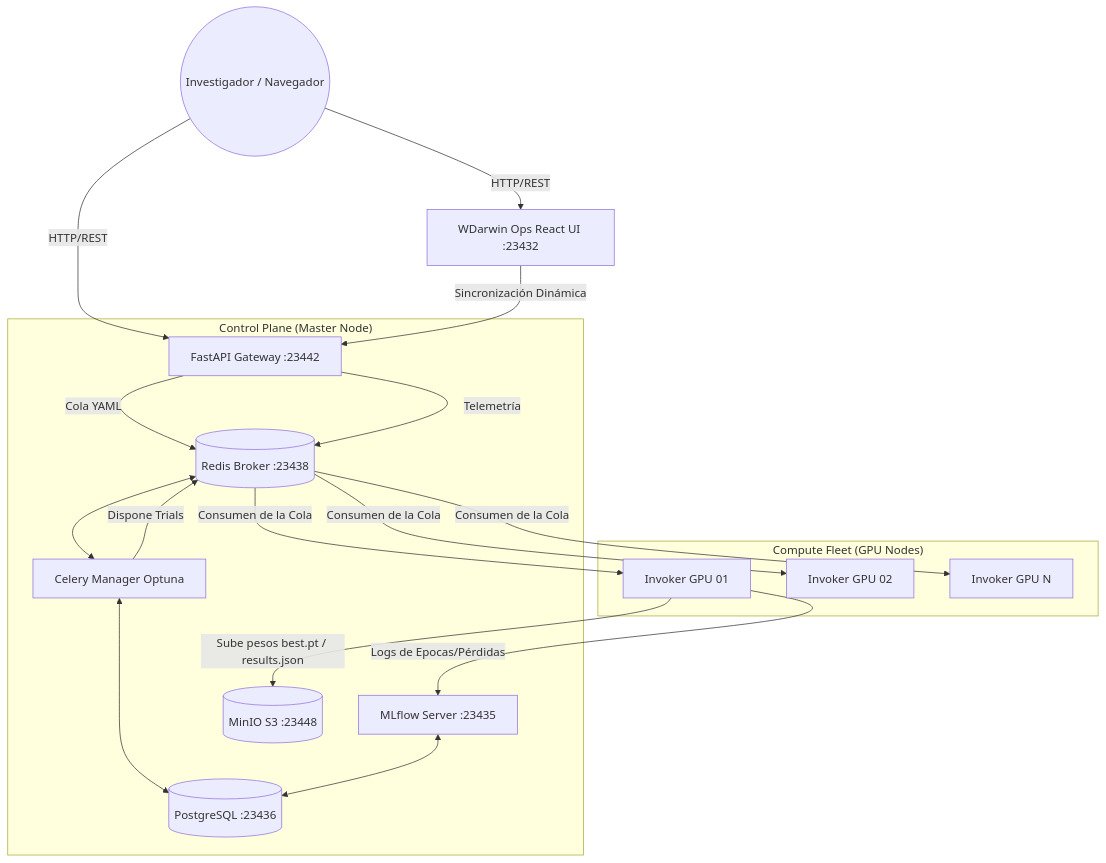
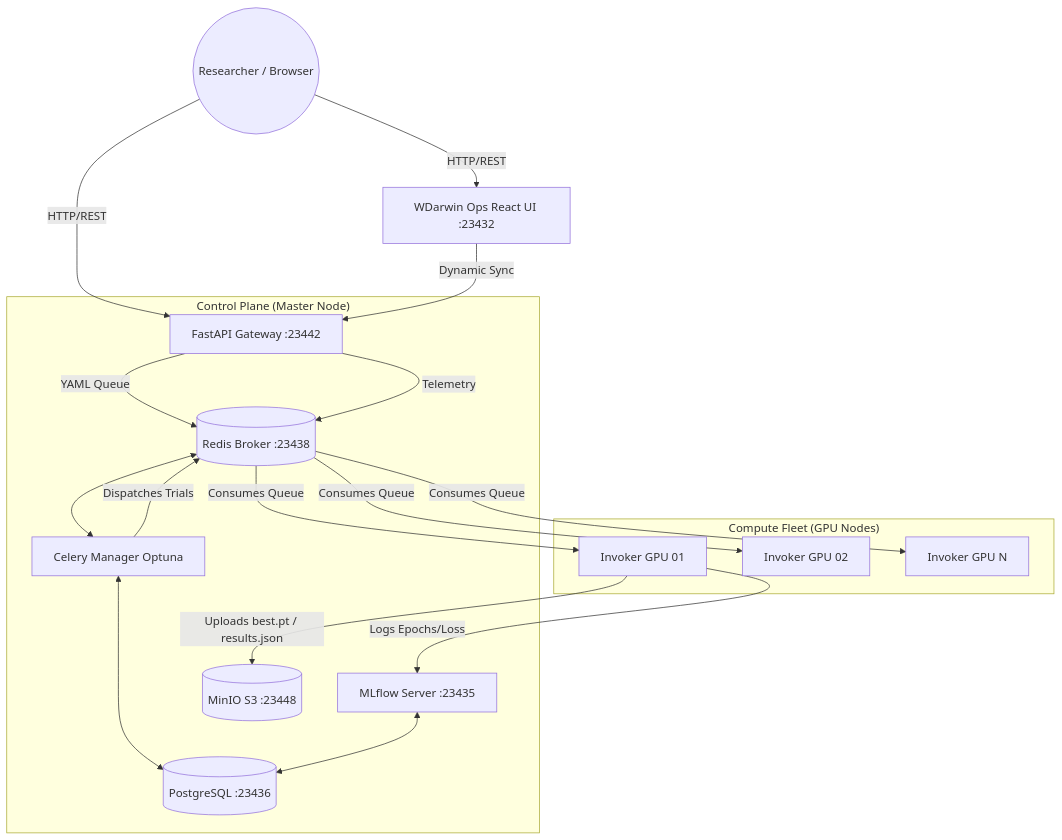
Before and after one commit to wisrovi/wyoloservice2_production: the diagram in README.md, drawn with Mermaid. The commit also changed other lines of this file, not shown here.

````diff
--- a/README.md
+++ b/README.md
@@ -54,29 +54,29 @@
 ```mermaid
 graph TD
-    Client((Investigador / Navegador)) -->|HTTP/REST| UI[WDarwin Ops React UI :23432]
+    Client((Researcher / Browser)) -->|HTTP/REST| UI[WDarwin Ops React UI :23432]
     Client -->|HTTP/REST| API[FastAPI Gateway :23442]
-    UI -->|Sincronización Dinámica| API
+    UI -->|Dynamic Sync| API
     
     subgraph "Control Plane (Master Node)"
-        API -->|Cola YAML| Redis[(Redis Broker :23438)]
-        API -->|Telemetría| Redis
+        API -->|YAML Queue| Redis[(Redis Broker :23438)]
+        API -->|Telemetry| Redis
         Redis <--> Manager[Celery Manager Optuna]
         Manager <--> PostgreSQL[(PostgreSQL :23436)]
         MLflow[MLflow Server :23435] <--> PostgreSQL
         MinIO[(MinIO S3 :23448)]
     end
 
     subgraph "Compute Fleet (GPU Nodes)"
         Worker1[Invoker GPU 01]
         Worker2[Invoker GPU 02]
         WorkerN[Invoker GPU N]
     end
 
-    Manager -->|Dispone Trials| Redis
-    Redis -->|Consumen de la Cola| Worker1
-    Redis -->|Consumen de la Cola| Worker2
-    Redis -->|Consumen de la Cola| WorkerN
+    Manager -->|Dispatches Trials| Redis
+    Redis -->|Consumes Queue| Worker1
+    Redis -->|Consumes Queue| Worker2
+    Redis -->|Consumes Queue| WorkerN
     
-    Worker1 -->|Logs de Epocas/Pérdidas| MLflow
-    Worker1 -->|Sube pesos best.pt / results.json| MinIO
+    Worker1 -->|Logs Epochs/Loss| MLflow
+    Worker1 -->|Uploads best.pt / results.json| MinIO
 ```
````
